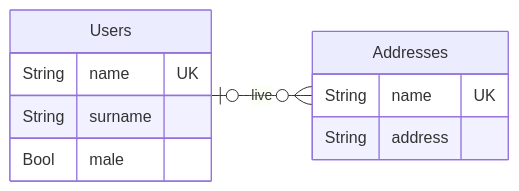
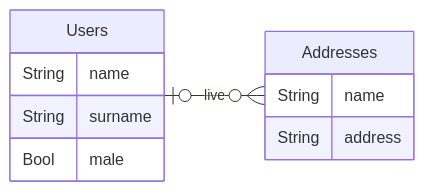
Before and after one commit to bwallrich/backo: the first of 3 diagrams in README.md, drawn with Mermaid. The commit also changed other lines of this file and 19 other files, not shown here.

````diff
--- a/README.md
+++ b/README.md
@@ -28,15 +28,15 @@
 ```mermaid
 erDiagram
     direction LR
     classDef className fill:#f9f,stroke:#333,stroke-width:4px
     Users |o--o{ Addresses : live
     Users {
-        String name UK
+        String name
         String surname
         Bool male
     }
     Addresses {
-        String name UK
+        String name
         String address
     }
 ```
````
